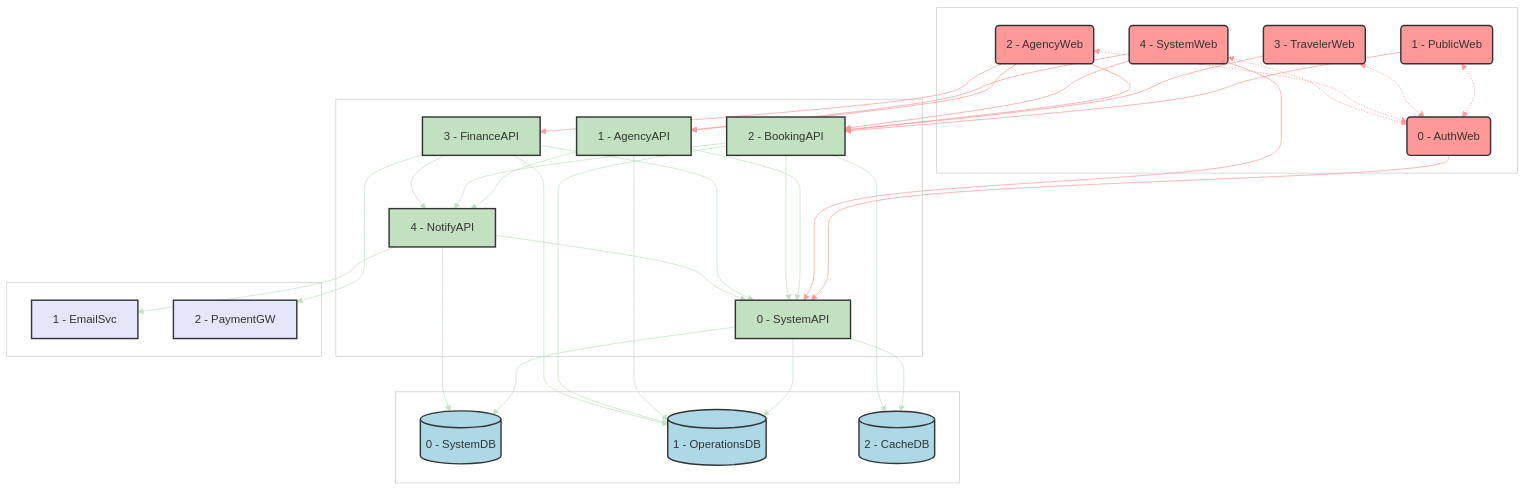
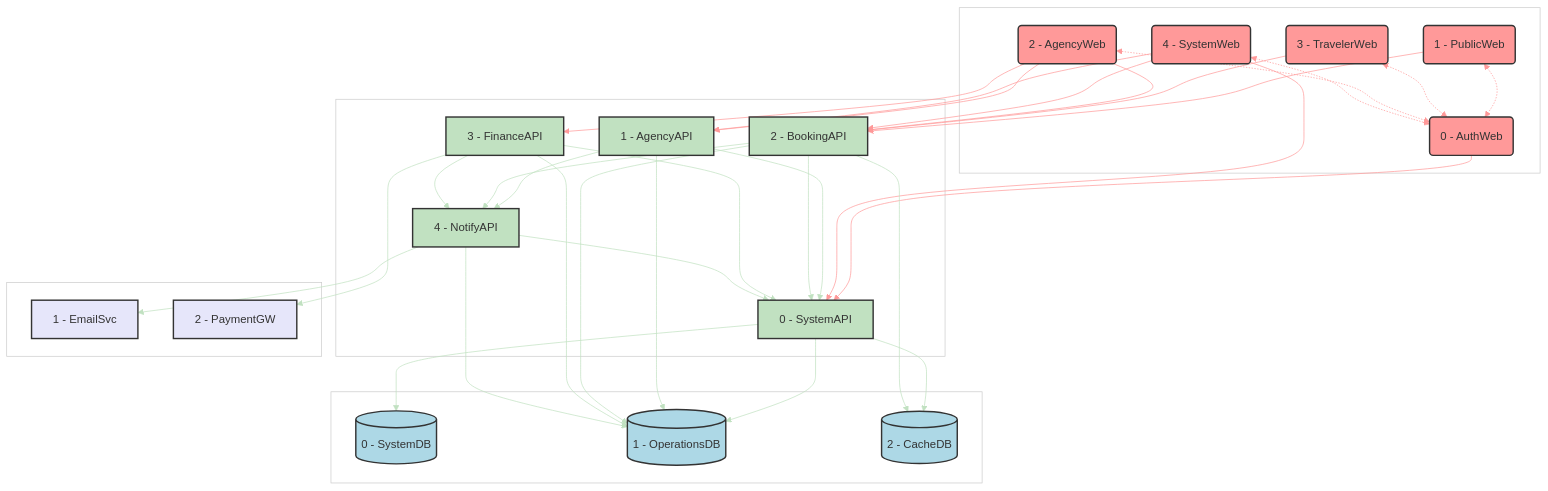
The diagram in profile/2-design/2-system.architecture.md (AstroBookings/.github), drawn with Mermaid before and after one commit. The commit also changed other lines of this file, not shown here.

Commit message:
feat: notify on operations

````diff
--- a/profile/2-design/2-system.architecture.md
+++ b/profile/2-design/2-system.architecture.md
@@ -36,75 +36,75 @@
 ```mermaid
 graph TD
     subgraph WebApplications[ ]
         AuthWeb(0 - AuthWeb)
         PublicWeb(1 - PublicWeb)
         AgencyWeb(2 - AgencyWeb)
         TravelerWeb(3 - TravelerWeb)
         SystemWeb(4 - SystemWeb)
     end
 
     subgraph APIServices[ ]
         SystemAPI[0 - SystemAPI]
         AgencyAPI[1 - AgencyAPI]
         BookingAPI[2 - BookingAPI]
         FinanceAPI[3 - FinanceAPI]
         NotifyAPI[4 - NotifyAPI]
     end
 
     subgraph Databases[ ]
         SystemDB[(0 - SystemDB)]
         OperationsDB[(1 - OperationsDB)]
         CacheDB[(2 - CacheDB)]
     end
 
     subgraph External[ ]
         EmailSvc[1 - EmailSvc]
         PaymentGW[2 - PaymentGW]
     end
 
     %% Web to Web connections
     PublicWeb <-.->  AuthWeb
     TravelerWeb <-.-> AuthWeb
     AgencyWeb <-.-> AuthWeb
     SystemWeb <-.-> AuthWeb
 
     %% Web to API connections
     AuthWeb --> SystemAPI
     PublicWeb -->  BookingAPI
     TravelerWeb --> BookingAPI
     AgencyWeb --> AgencyAPI & BookingAPI & FinanceAPI
     SystemWeb --> AgencyAPI & BookingAPI & SystemAPI
 
     %% API to API connections
     AgencyAPI -->  SystemAPI & NotifyAPI
     BookingAPI -->  SystemAPI & NotifyAPI
     FinanceAPI -->  SystemAPI & NotifyAPI
     NotifyAPI -->  SystemAPI
 
     %% API to Database connections
     SystemAPI -->  OperationsDB & SystemDB & CacheDB
     AgencyAPI -->  OperationsDB
     BookingAPI -->  OperationsDB & CacheDB
     FinanceAPI -->  OperationsDB
-    NotifyAPI -->  SystemDB
+    NotifyAPI -->  OperationsDB
 
     %% API to External Service connections
     NotifyAPI --> EmailSvc
     FinanceAPI --> PaymentGW
 
     %% Style
     style WebApplications stroke:#ccc,fill:#FFFFFF,stroke-width:1px;
     style APIServices stroke:#ccc,fill:#FFFFFF,stroke-width:1px;
     style Databases stroke:#ccc,fill:#FFFFFF,stroke-width:1px;
     style External stroke:#ccc,fill:#FFFFFF,stroke-width:1px;
     classDef web fill:#FF9999,stroke:#333,stroke-width:2px;
     classDef api fill:#C1E1C1,stroke:#333,stroke-width:2px;
     classDef db fill:#ADD8E6,stroke:#333,stroke-width:2px;
     classDef ext fill:#E6E6FA,stroke:#333,stroke-width:2px;
     class AuthWeb,PublicWeb,AgencyWeb,TravelerWeb,SystemWeb web;
     class AgencyAPI,BookingAPI,FinanceAPI,NotifyAPI,SystemAPI api;
     class OperationsDB,SystemDB,CacheDB db;
     class EmailSvc,PaymentGW ext;
     linkStyle 0,1,2,3,4,5,6,7,8,9,10,11,12 stroke:#FF9999
     linkStyle 13,14,15,16,17,18,19,20,21,22,23,24,25,26,27,28,29 stroke:#C1E1C1
 ```
````
